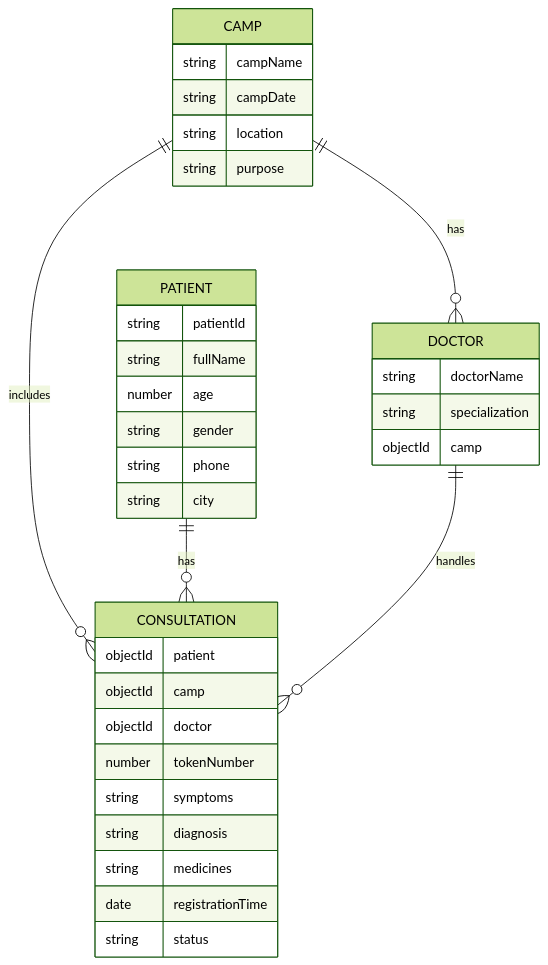
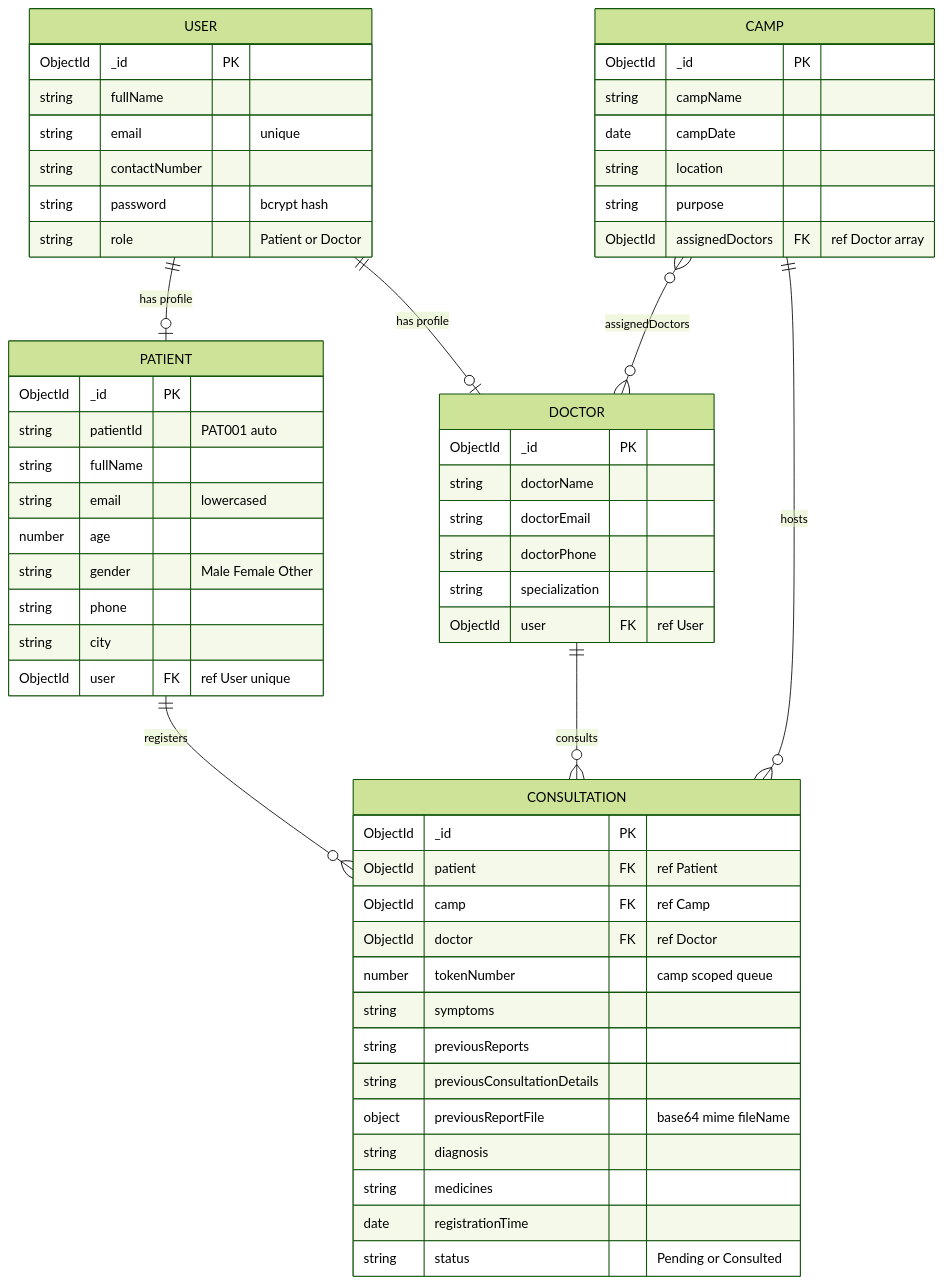
Before and after one commit to LUBNAKAUSAR2006/DBMS-PROJECT: the diagram in Database/er-diagram.md, drawn with Mermaid (forest theme). The commit also changed other lines of this file, not shown here.

Commit message:
Refresh ER diagram: Mermaid + entity tables + relationships + sample docs

````diff
--- a/Database/er-diagram.md
+++ b/Database/er-diagram.md
@@ -3,41 +10,64 @@
 ```mermaid
 erDiagram
-    CAMP ||--o{ DOCTOR : has
-    CAMP ||--o{ CONSULTATION : includes
-    PATIENT ||--o{ CONSULTATION : has
-    DOCTOR ||--o{ CONSULTATION : handles
+    USER ||--o| PATIENT  : "has profile"
+    USER ||--o| DOCTOR   : "has profile"
+    CAMP }o--o{ DOCTOR   : "assignedDoctors"
+    PATIENT ||--o{ CONSULTATION : "registers"
+    CAMP    ||--o{ CONSULTATION : "hosts"
+    DOCTOR  ||--o{ CONSULTATION : "consults"
 
-    CAMP {
-        string campName
-        string campDate
-        string location
-        string purpose
+    USER {
+        ObjectId _id PK
+        string   fullName
+        string   email "unique"
+        string   contactNumber
+        string   password "bcrypt hash"
+        string   role "Patient or Doctor"
+    }
+
+    PATIENT {
+        ObjectId _id PK
+        string   patientId "PAT001 auto"
+        string   fullName
+        string   email "lowercased"
+        number   age
+        string   gender "Male Female Other"
+        string   phone
+        string   city
+        ObjectId user FK "ref User unique"
     }
 
     DOCTOR {
-        string doctorName
-        string specialization
-        objectId camp
+        ObjectId _id PK
+        string   doctorName
+        string   doctorEmail
+        string   doctorPhone
+        string   specialization
+        ObjectId user FK "ref User"
     }
 
-    PATIENT {
-        string patientId
-        string fullName
-        number age
-        string gender
-        string phone
-        string city
+    CAMP {
+        ObjectId _id PK
+        string   campName
+        date     campDate
+        string   location
+        string   purpose
+        ObjectId assignedDoctors FK "ref Doctor array"
     }
 
     CONSULTATION {
-        objectId patient
-        objectId camp
-        objectId doctor
-        number tokenNumber
-        string symptoms
-        string diagnosis
-        string medicines
-        date registrationTime
-        string status
+        ObjectId _id PK
+        ObjectId patient FK "ref Patient"
+        ObjectId camp    FK "ref Camp"
+        ObjectId doctor  FK "ref Doctor"
+        number   tokenNumber "camp scoped queue"
+        string   symptoms
+        string   previousReports
+        string   previousConsultationDetails
+        object   previousReportFile "base64 mime fileName"
+        string   diagnosis
+        string   medicines
+        date     registrationTime
+        string   status "Pending or Consulted"
     }
 ```
````
